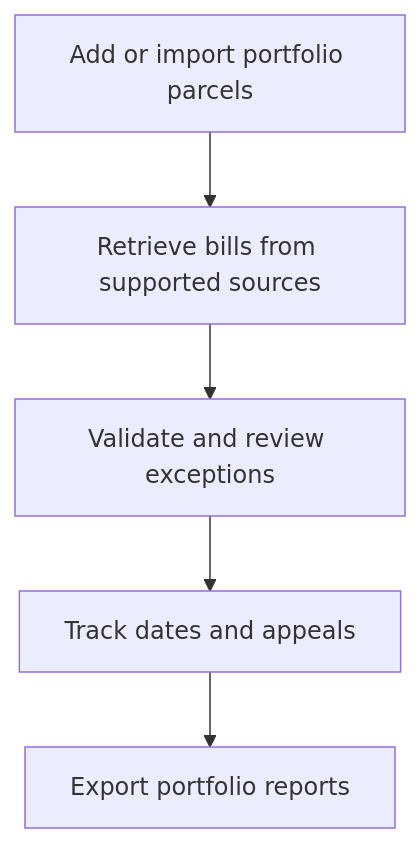
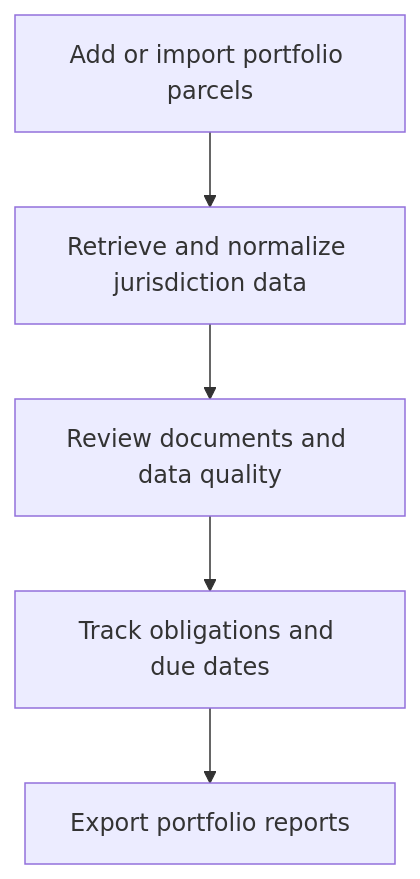
One commit to retrieve-IQ/.github changed the diagram in docs/PROPERTY_TAX.md. Above: the diagram before and after it, drawn with Mermaid. The commit also changed other lines of this file and 3 other files, not shown here.

Commit message:
docs: broaden jurisdiction data and obligations messaging

````diff
--- a/docs/PROPERTY_TAX.md
+++ b/docs/PROPERTY_TAX.md
@@ -33,7 +33,7 @@
 ```mermaid
 flowchart TD
-    A[Add or import portfolio parcels] --> B[Retrieve bills from supported sources]
-    B --> C[Validate and review exceptions]
-    C --> D[Track dates and appeals]
+    A[Add or import portfolio parcels] --> B[Retrieve and normalize jurisdiction data]
+    B --> C[Review documents and data quality]
+    C --> D[Track obligations and due dates]
     D --> E[Export portfolio reports]
 ```
````
